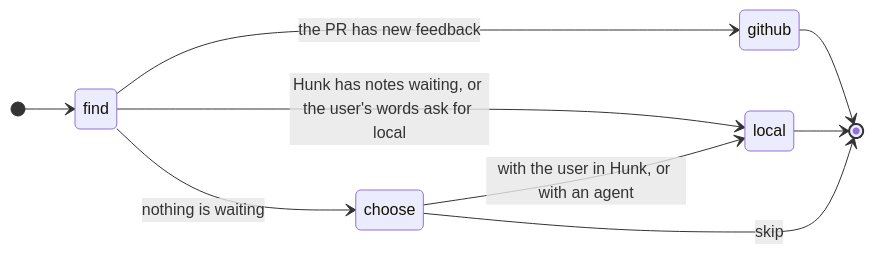
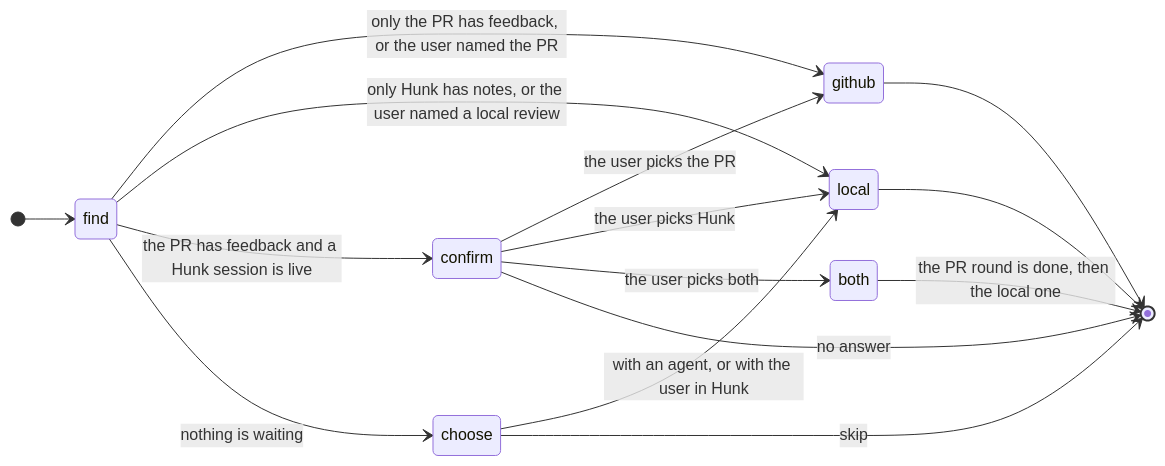
Before and after one commit to vuon9/skills: the diagram in skills/pr-review/SKILL.md, drawn with Mermaid. The commit also changed other lines of this file and 6 other files, not shown here.

First line of the commit message:
feat(pr-review): ask which review is meant when two could be

````diff
--- a/skills/pr-review/SKILL.md
+++ b/skills/pr-review/SKILL.md
@@ -17,12 +15,18 @@
 ```mermaid
 stateDiagram-v2
     direction LR
     [*] --> find
-    find --> github: the PR has new feedback
-    find --> local: Hunk has notes waiting, or the user's words ask for local
+    find --> github: only the PR has feedback, or the user named the PR
+    find --> local: only Hunk has notes, or the user named a local review
+    find --> confirm: the PR has feedback and a Hunk session is live
     find --> choose: nothing is waiting
-    choose --> local: with the user in Hunk, or with an agent
+    confirm --> github: the user picks the PR
+    confirm --> local: the user picks Hunk
+    confirm --> both: the user picks both
+    both --> [*]: the PR round is done, then the local one
+    choose --> local: with an agent, or with the user in Hunk
     choose --> [*]: skip
+    confirm --> [*]: no answer
     github --> [*]
     local --> [*]
 ```
````
